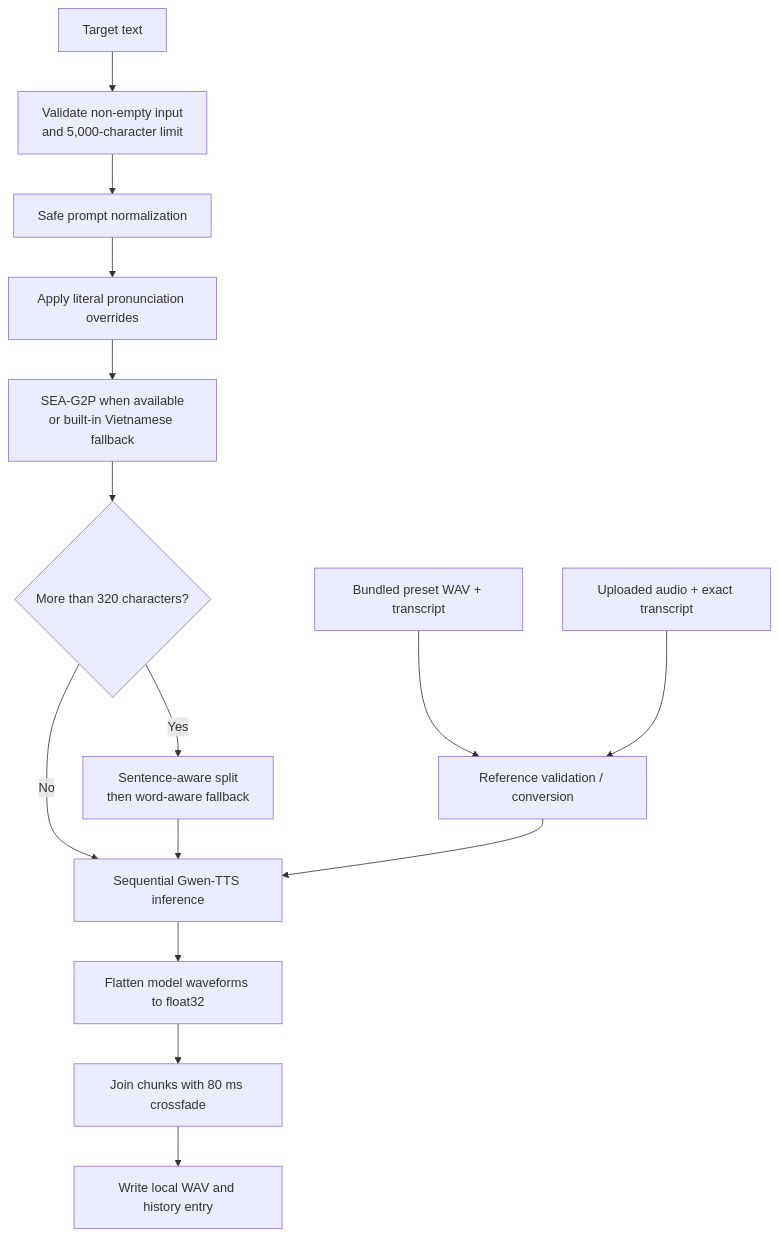
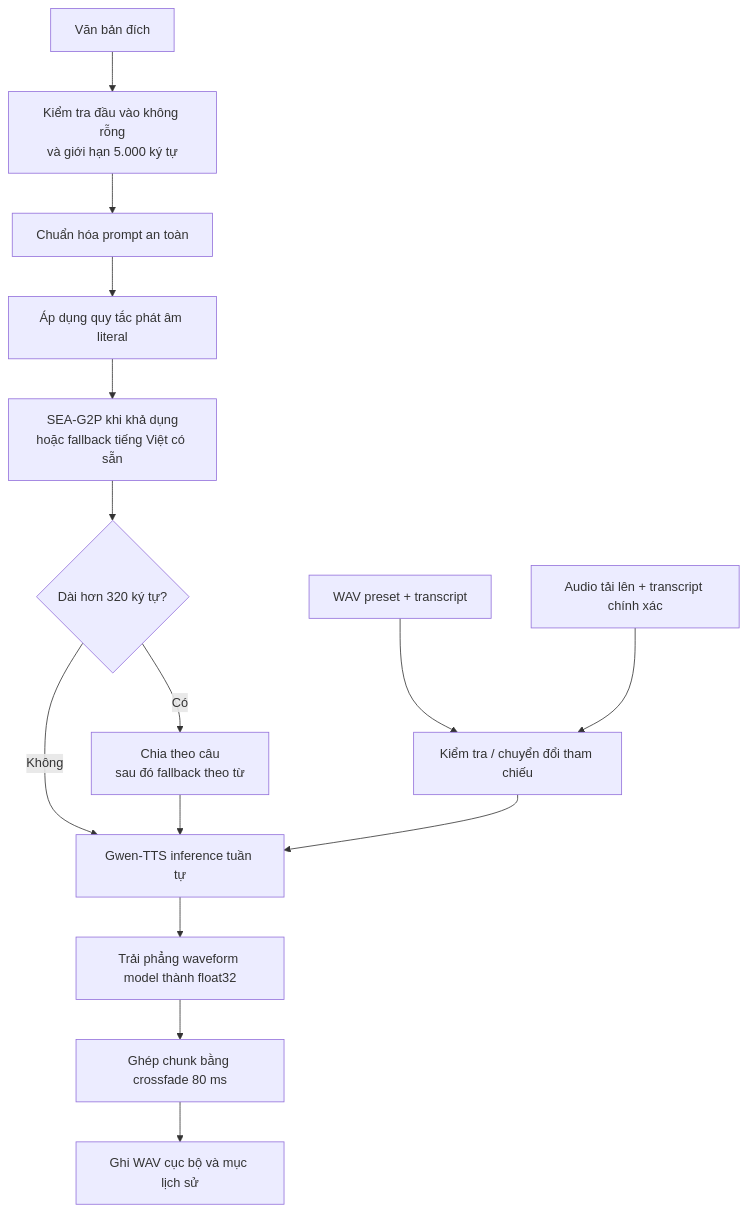
The second of 2 diagrams in README.md (sin0235/vietnamese-tts-studio), drawn with Mermaid before and after one commit. The commit also changed other lines of this file and 1 other file, not shown here.

Commit message:
docs: add Vietnamese-first README

````diff
--- a/README.md
+++ b/README.md
@@ -77,19 +81,19 @@
 ```mermaid
 flowchart TD
-    Input[Target text] --> Validate[Validate non-empty input<br/>and 5,000-character limit]
-    Validate --> Safe[Safe prompt normalization]
-    Safe --> Pronounce[Apply literal pronunciation overrides]
-    Pronounce --> Vietnamese[SEA-G2P when available<br/>or built-in Vietnamese fallback]
-    Vietnamese --> Chunk{More than 320 characters?}
-    Chunk -->|No| Infer
-    Chunk -->|Yes| Split[Sentence-aware split<br/>then word-aware fallback]
-    Split --> Infer[Sequential Gwen-TTS inference]
+    Input[Văn bản đích] --> Validate[Kiểm tra đầu vào không rỗng<br/>và giới hạn 5.000 ký tự]
+    Validate --> Safe[Chuẩn hóa prompt an toàn]
+    Safe --> Pronounce[Áp dụng quy tắc phát âm literal]
+    Pronounce --> Vietnamese[SEA-G2P khi khả dụng<br/>hoặc fallback tiếng Việt có sẵn]
+    Vietnamese --> Chunk{Dài hơn 320 ký tự?}
+    Chunk -->|Không| Infer
+    Chunk -->|Có| Split[Chia theo câu<br/>sau đó fallback theo từ]
+    Split --> Infer[Gwen-TTS inference tuần tự]
 
-    Preset[Bundled preset WAV + transcript] --> Reference
-    Custom[Uploaded audio + exact transcript] --> Reference[Reference validation / conversion]
+    Preset[WAV preset + transcript] --> Reference
+    Custom[Audio tải lên + transcript chính xác] --> Reference[Kiểm tra / chuyển đổi tham chiếu]
     Reference --> Infer
 
-    Infer --> Waves[Flatten model waveforms to float32]
-    Waves --> Join[Join chunks with 80 ms crossfade]
-    Join --> Output[Write local WAV and history entry]
+    Infer --> Waves[Trải phẳng waveform model thành float32]
+    Waves --> Join[Ghép chunk bằng crossfade 80 ms]
+    Join --> Output[Ghi WAV cục bộ và mục lịch sử]
 ```
````
